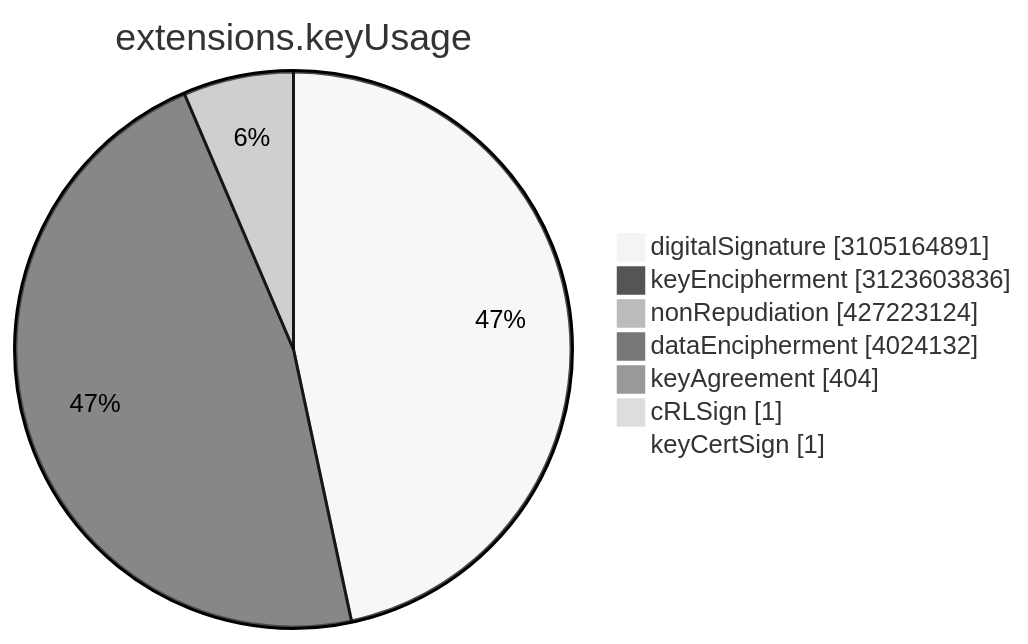
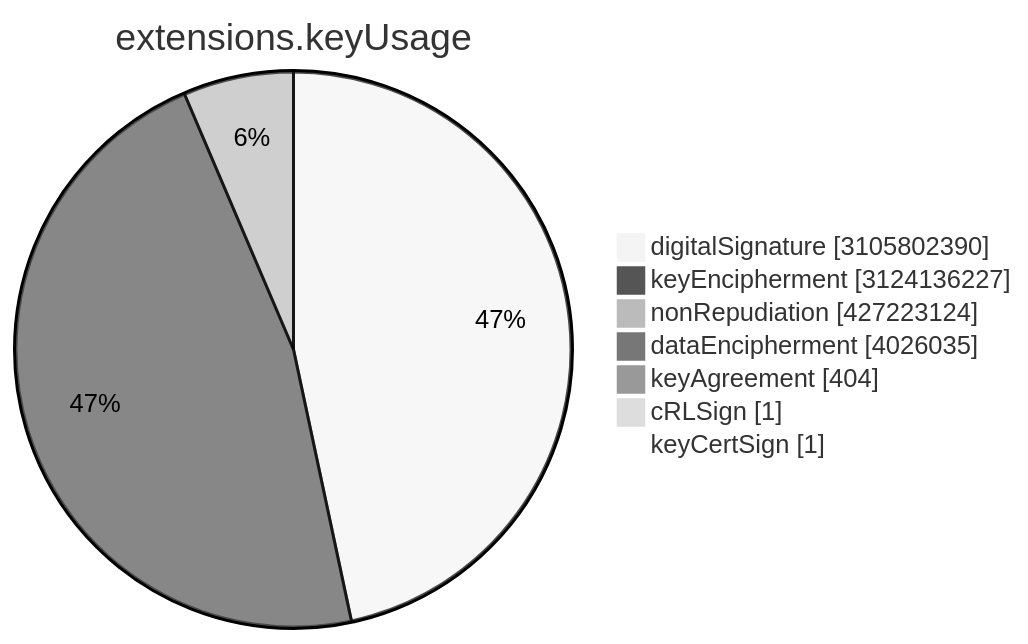
One commit to christiankrug/ctmonitor_visualization changed the sixth of 15 diagrams in TOTAL/README.md. Above: the diagram before and after it, drawn with Mermaid (neutral theme). The commit also changed other lines of this file, not shown here.

````diff
--- a/TOTAL/README.md
+++ b/TOTAL/README.md
@@ -3077,11 +3077,11 @@
 ```mermaid
 pie showData
 title extensions.keyUsage
-"digitalSignature" :3105164891
-"keyEncipherment" :3123603836
+"digitalSignature" :3105802390
+"keyEncipherment" :3124136227
 "nonRepudiation" :427223124
-"dataEncipherment" :4024132
+"dataEncipherment" :4026035
 "keyAgreement" :404
 "cRLSign" :1
 "keyCertSign" :1
 ```
````
